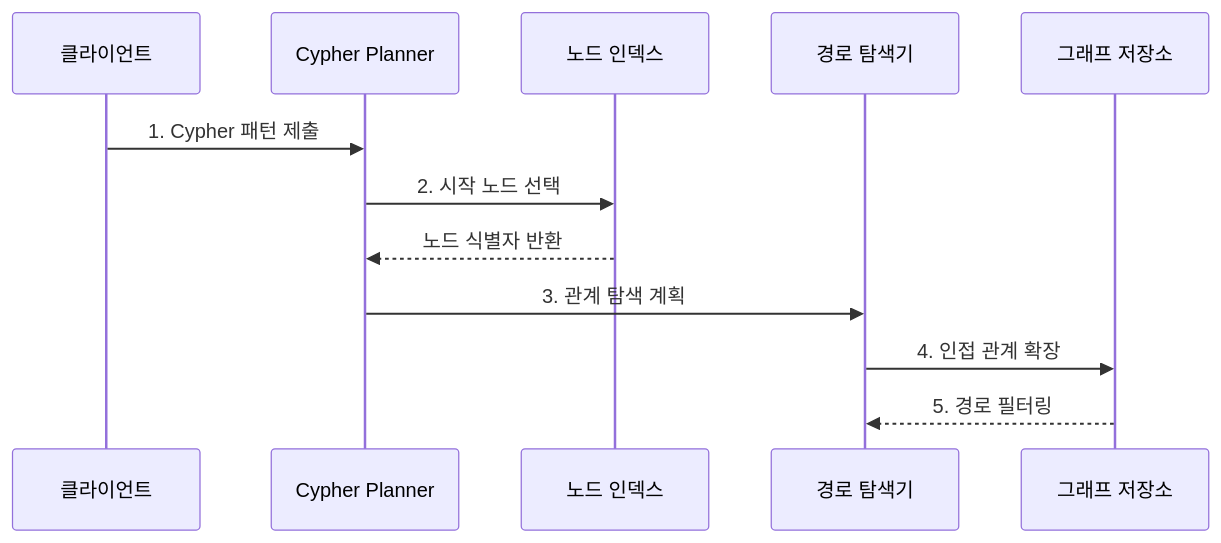
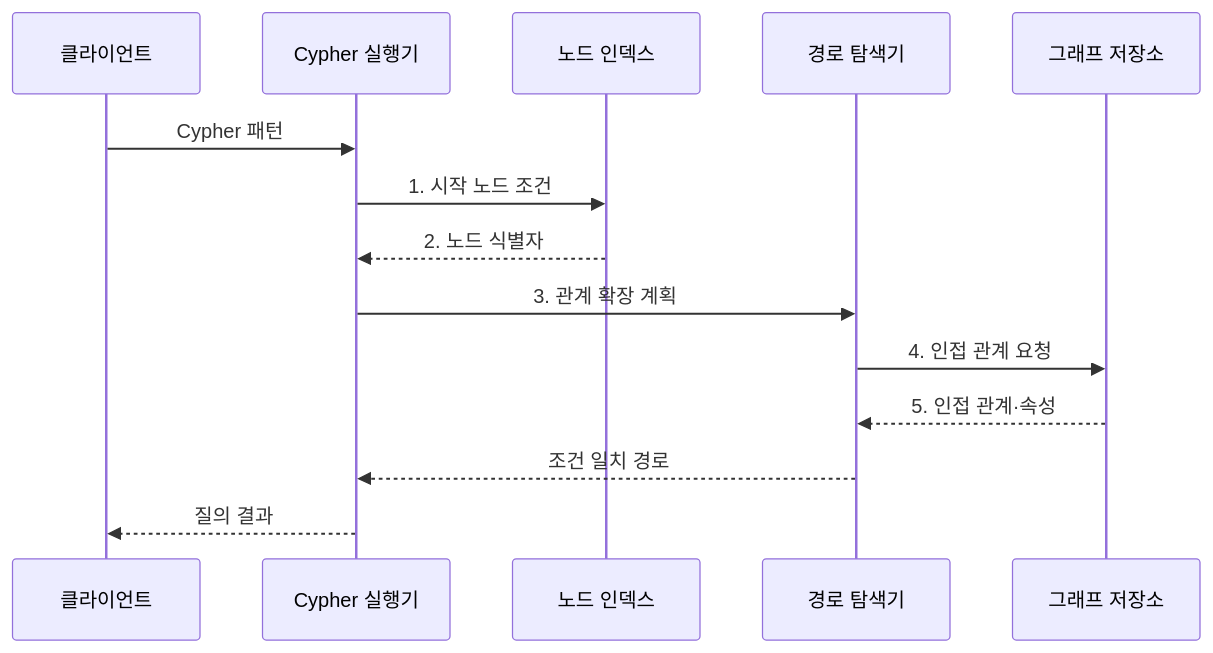
Before and after one commit to agnusdei1207/knowledge-base: the second of 2 diagrams in src/content/docs/notes/03-software/109_neo4j_graph_database.md, drawn with Mermaid. The commit also changed other lines of this file and 20 other files, not shown here.

````diff
--- a/src/content/docs/notes/03-software/109_neo4j_graph_database.md
+++ b/src/content/docs/notes/03-software/109_neo4j_graph_database.md
@@ -80,14 +92,16 @@
 ```mermaid
 sequenceDiagram
     participant C as 클라이언트
-    participant P as Cypher Planner
+    participant P as Cypher 실행기
     participant I as 노드 인덱스
     participant T as 경로 탐색기
     participant G as 그래프 저장소
-    C->>P: 1. Cypher 패턴 제출
-    P->>I: 2. 시작 노드 선택
-    I-->>P: 노드 식별자 반환
-    P->>T: 3. 관계 탐색 계획
-    T->>G: 4. 인접 관계 확장
-    G-->>T: 5. 경로 필터링
+    C->>P: Cypher 패턴
+    P->>I: 1. 시작 노드 조건
+    I-->>P: 2. 노드 식별자
+    P->>T: 3. 관계 확장 계획
+    T->>G: 4. 인접 관계 요청
+    G-->>T: 5. 인접 관계·속성
+    T-->>P: 조건 일치 경로
+    P-->>C: 질의 결과
 ```
````
